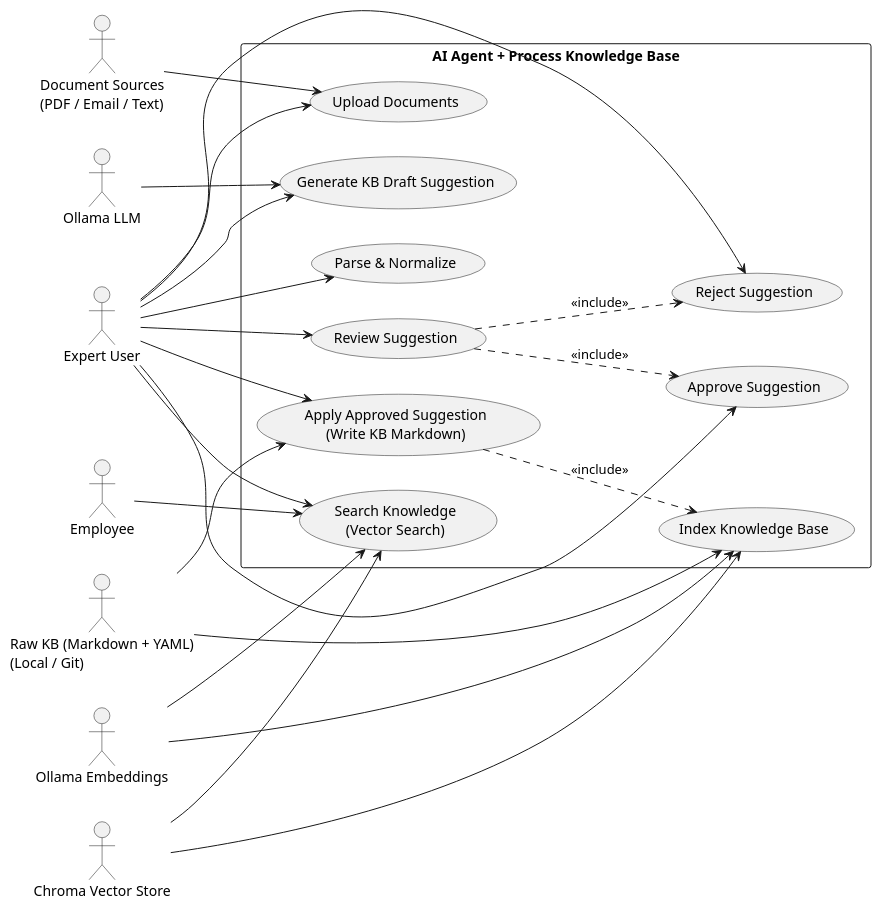
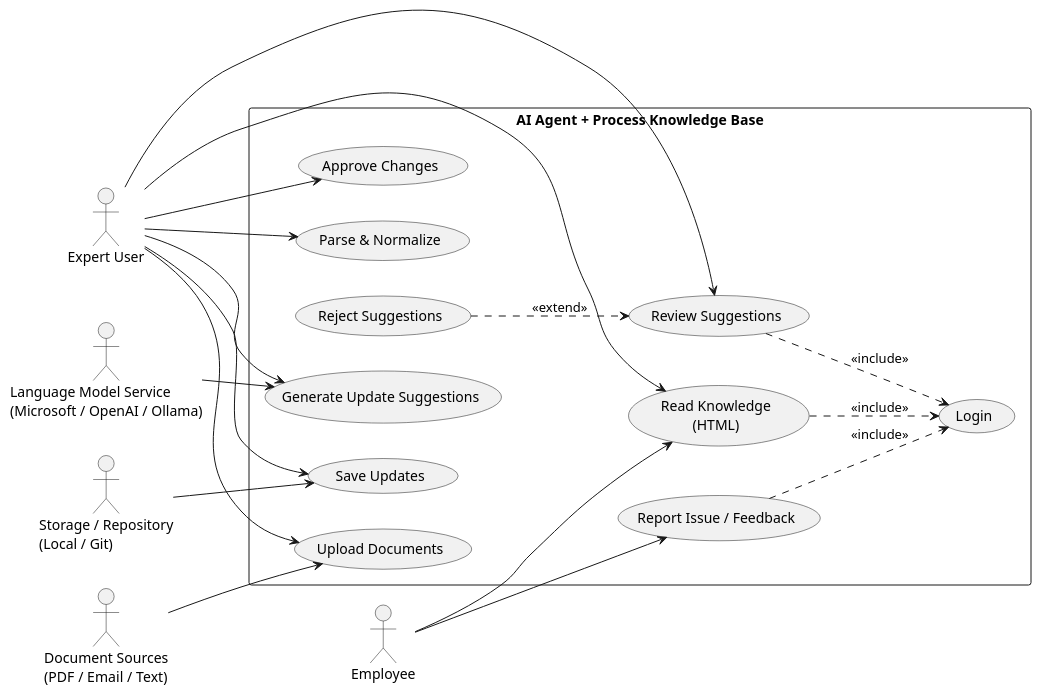
One commit to MakKhnzadah/KI-agent-Bacheloroppgave-av-Glencore-Nikkelverk-AS changed the diagram in docs/diagrams/use-case.puml. Above: the diagram before and after it, drawn with PlantUML. The commit also changed 45 other files, not shown here.

Commit message:
Add Employee RBAC, fix queue auth/time handling, include old files like tests and diagram updates

```diff
--- a/docs/diagrams/use-case.puml
+++ b/docs/diagrams/use-case.puml
@@ -1,54 +1,52 @@
 @startuml
 left to right direction
 skinparam packageStyle rectangle
 
 actor "Expert User" as Expert
 actor "Employee" as Employee
-actor "Ollama LLM" as LLM
-actor "Ollama Embeddings" as Embed
-actor "Raw KB (Markdown + YAML)\n(Local / Git)" as Storage
-actor "Chroma Vector Store" as Chroma
+actor "Language Model Service\n(Microsoft / OpenAI / Ollama)" as LLM
+actor "Storage / Repository\n(Local / Git)" as Storage
 actor "Document Sources\n(PDF / Email / Text)" as Docs
 
 rectangle "AI Agent + Process Knowledge Base" {
 
+  usecase "Login" as UC_Login
   usecase "Upload Documents" as UC_Upload
+  usecase "Review Suggestions" as UC_Review
+  usecase "Approve Changes" as UC_Approve
+  usecase "Reject Suggestions" as UC_Reject
   usecase "Parse & Normalize" as UC_Parse
-  usecase "Generate KB Draft Suggestion" as UC_Generate
-  usecase "Review Suggestion" as UC_Review
-  usecase "Approve Suggestion" as UC_Approve
-  usecase "Reject Suggestion" as UC_Reject
-  usecase "Apply Approved Suggestion\n(Write KB Markdown)" as UC_Apply
-  usecase "Index Knowledge Base" as UC_Index
-  usecase "Search Knowledge\n(Vector Search)" as UC_Search
+  usecase "Generate Update Suggestions" as UC_Generate
+  usecase "Save Updates" as UC_Save
+  usecase "Read Knowledge\n(HTML)" as UC_Read
+  usecase "Report Issue / Feedback" as UC_Report
 
 }
 
 ' Expert user interactions
 Expert --> UC_Upload
+Expert --> UC_Review
+Expert --> UC_Approve
 Expert --> UC_Parse
 Expert --> UC_Generate
-Expert --> UC_Review
-Expert --> UC_Approve
-Expert --> UC_Reject
-Expert --> UC_Apply
-Expert --> UC_Search
+Expert --> UC_Save
+Expert --> UC_Read
 
 ' Employee interactions
-Employee --> UC_Search
+Employee --> UC_Read
+Employee --> UC_Report
 
 ' External systems
 Docs --> UC_Upload
 LLM --> UC_Generate
-Storage --> UC_Apply
-Storage --> UC_Index
-Embed --> UC_Search
-Embed --> UC_Index
-Chroma --> UC_Search
-Chroma --> UC_Index
+Storage --> UC_Save
 
 ' Relationships
-UC_Review ..> UC_Approve : <<include>>
-UC_Review ..> UC_Reject : <<include>>
-UC_Apply ..> UC_Index : <<include>>
+UC_Review ..> UC_Login : <<include>>
+UC_Read ..> UC_Login : <<include>>
+UC_Report ..> UC_Login : <<include>>
+
+UC_Reject ..> UC_Review : <<extend>>
+
+
 @enduml
```
